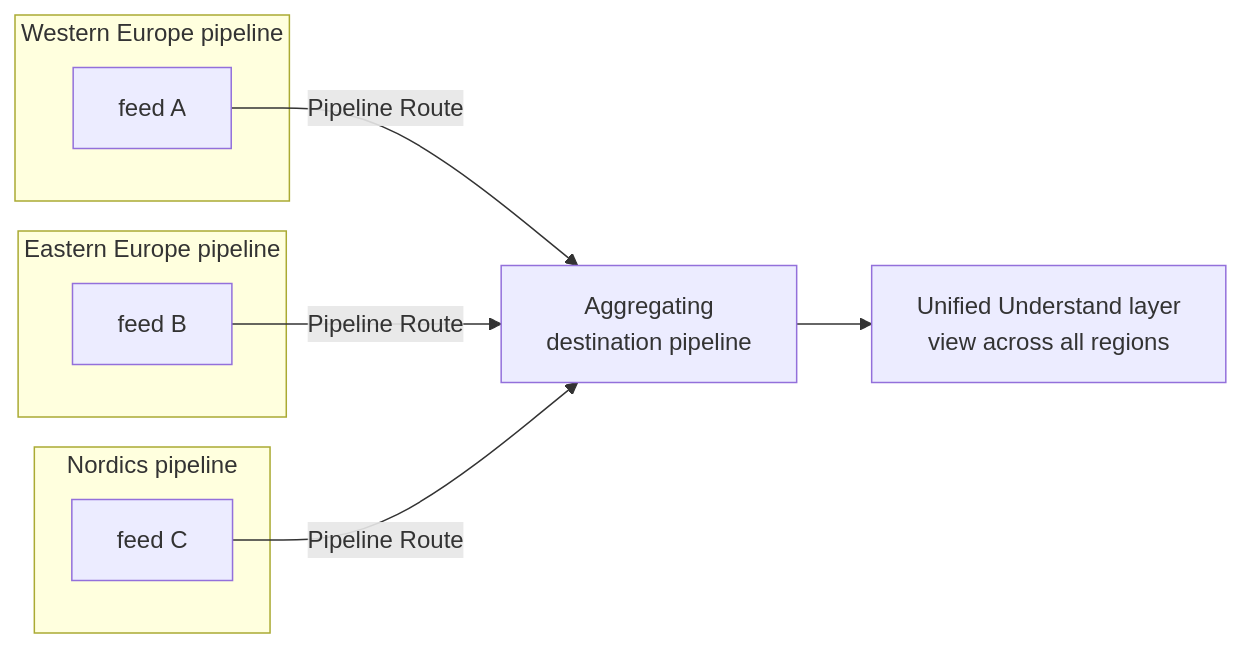
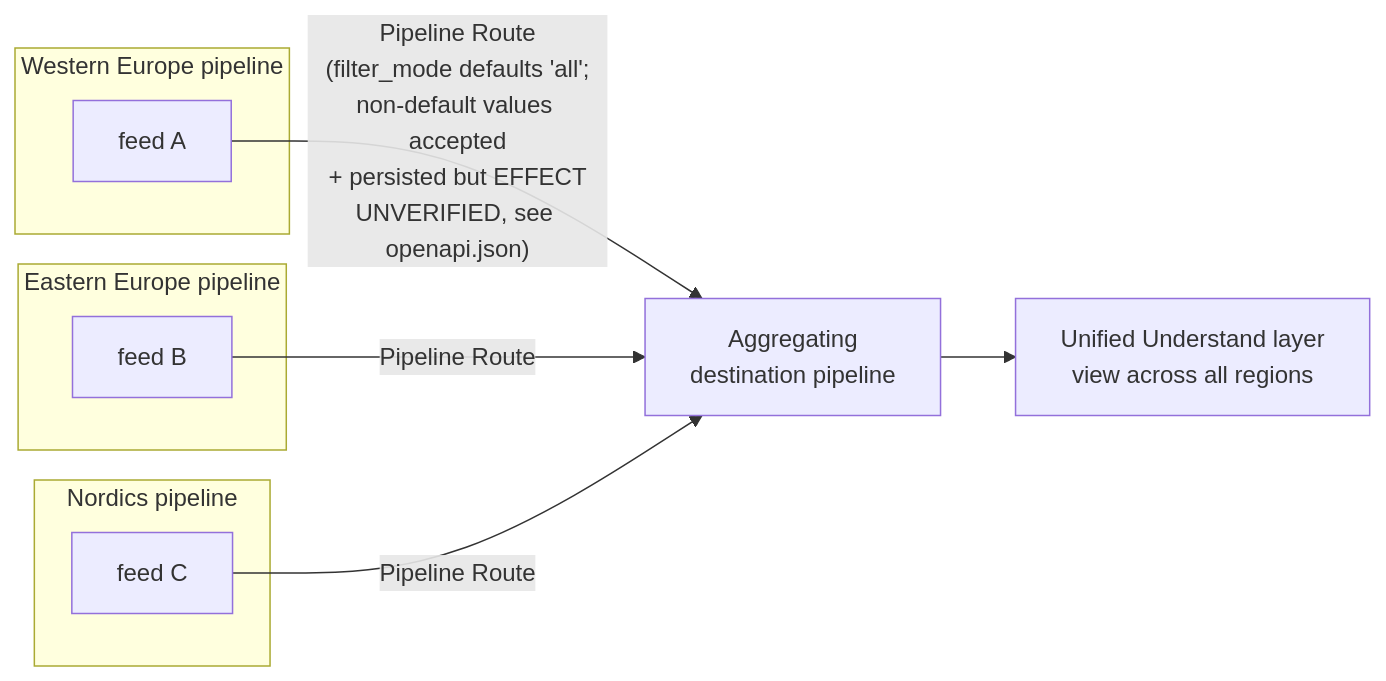
One commit to FilterLabsAI/ubiquity-skills changed the fifth of 5 diagrams in skills/ubiquity-onboarding/references/flowcharts.md. Above: the diagram before and after it, drawn with Mermaid. The commit also changed other lines of this file and 7 other files, not shown here.

````diff
--- a/skills/ubiquity-onboarding/references/flowcharts.md
+++ b/skills/ubiquity-onboarding/references/flowcharts.md
@@ -79,16 +89,16 @@
 ```mermaid
 flowchart LR
     subgraph "Western Europe pipeline"
       A1["feed A"]
     end
     subgraph "Eastern Europe pipeline"
       A2["feed B"]
     end
     subgraph "Nordics pipeline"
       A3["feed C"]
     end
-    A1 -->|"Pipeline Route"| D["Aggregating\ndestination pipeline"]
+    A1 -->|"Pipeline Route\n(filter_mode defaults 'all';\nnon-default values accepted\n+ persisted but EFFECT\nUNVERIFIED, see openapi.json)"| D["Aggregating\ndestination pipeline"]
     A2 -->|"Pipeline Route"| D
     A3 -->|"Pipeline Route"| D
     D --> E["Unified Understand layer\nview across all regions"]
 ```
````
